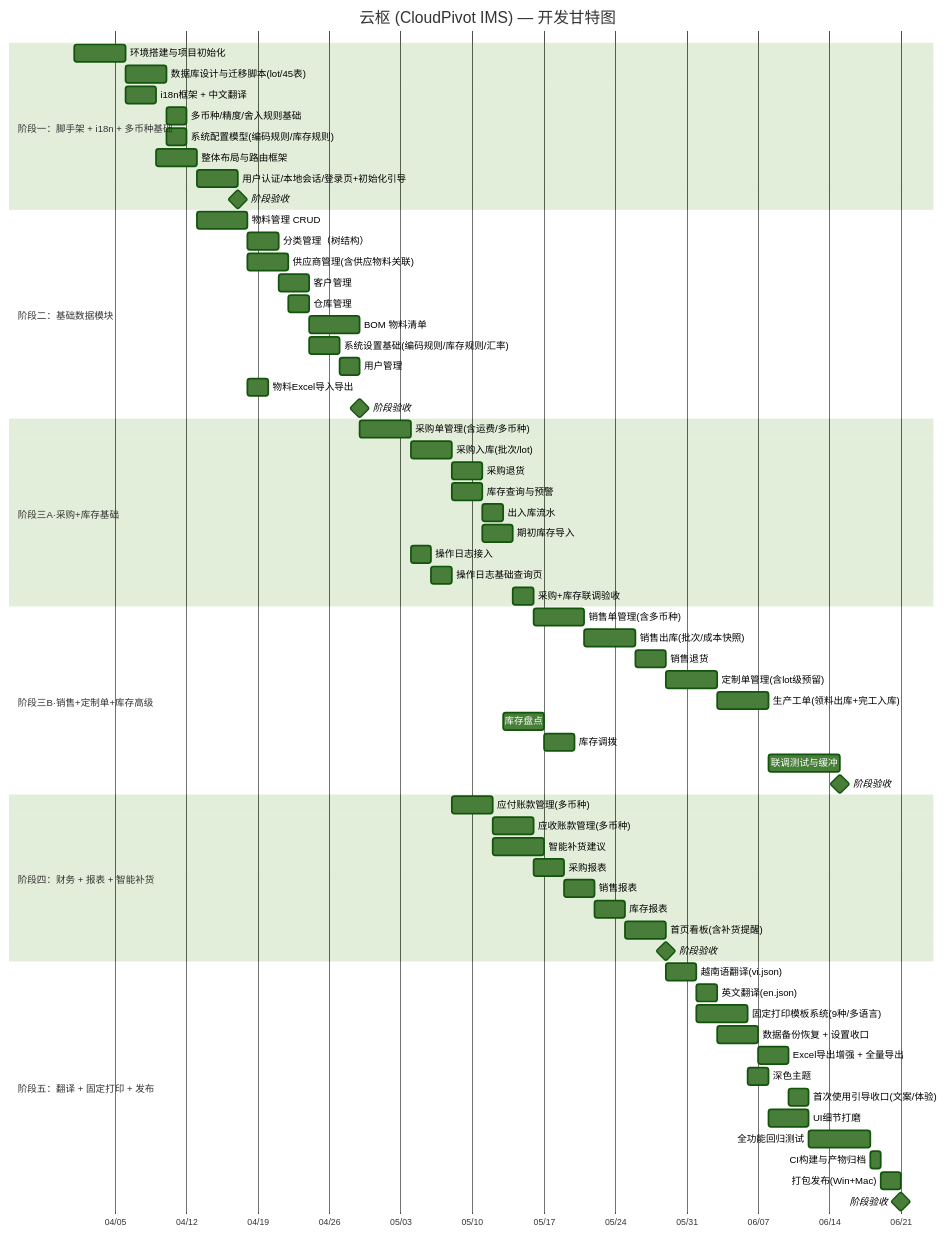
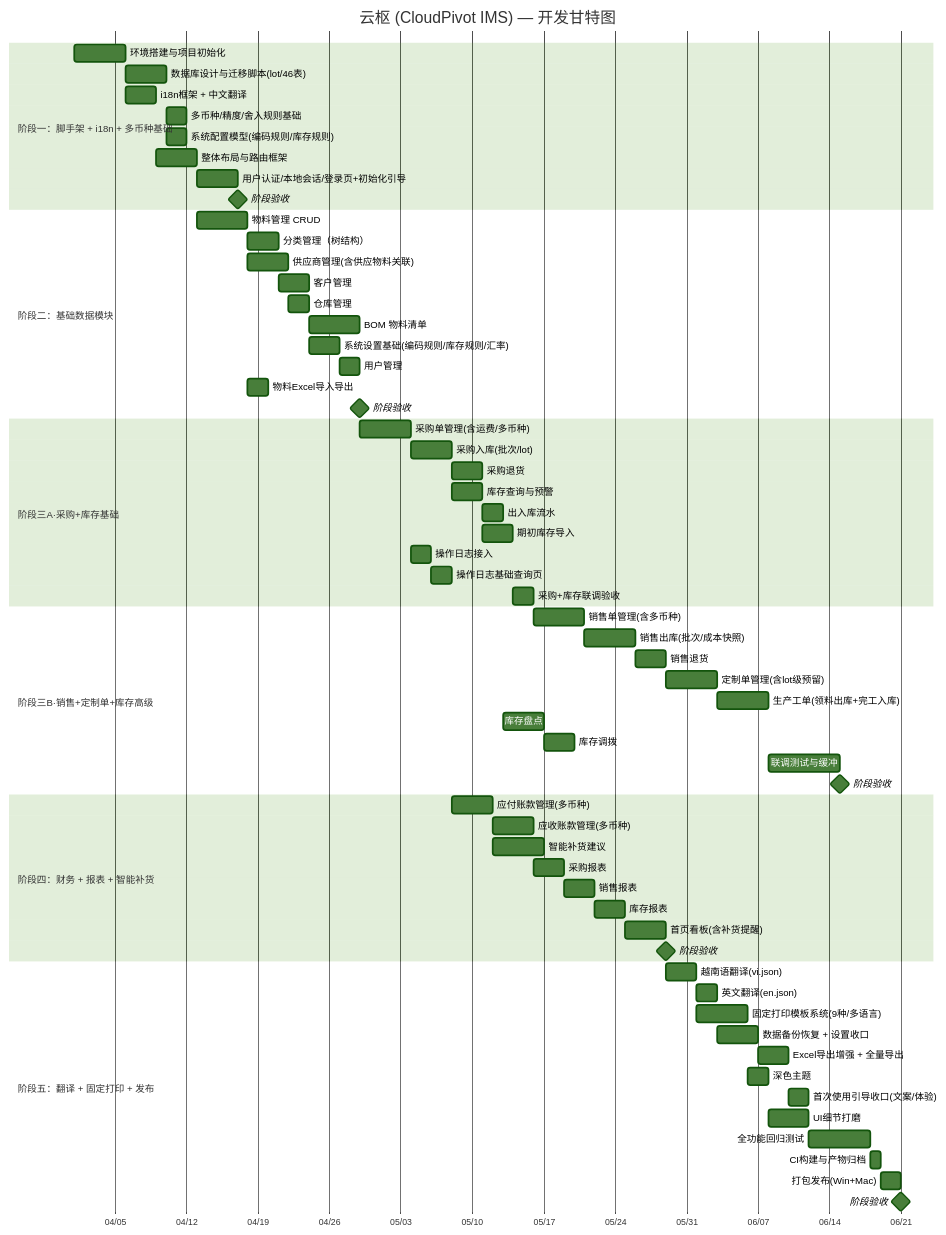
Before and after one commit to kurisu994/CloudPivot: the diagram in docs/04-development-plan.md, drawn with Mermaid (forest theme). The commit also changed other lines of this file and 3 other files, not shown here.

````diff
--- a/docs/04-development-plan.md
+++ b/docs/04-development-plan.md
@@ -25,74 +25,74 @@
 ```mermaid
 gantt
     title 云枢 (CloudPivot IMS) — 开发甘特图
     dateFormat  YYYY-MM-DD
     axisFormat  %m/%d
 
     section 阶段一：脚手架 + i18n + 多币种基础
     环境搭建与项目初始化         :a1, 2026-04-01, 5d
-    数据库设计与迁移脚本(lot/45表) :a2, after a1, 4d
+    数据库设计与迁移脚本(lot/46表) :a2, after a1, 4d
     i18n框架 + 中文翻译         :a3, after a1, 3d
     多币种/精度/舍入规则基础      :a4, after a2, 2d
     系统配置模型(编码规则/库存规则) :a5, after a2, 2d
     整体布局与路由框架           :a6, after a3, 4d
     用户认证/本地会话/登录页+初始化引导 :a7, after a6, 4d
     阶段验收                     :milestone, after a7, 0d
 
     section 阶段二：基础数据模块
     物料管理 CRUD                :b1, after a6, 5d
     分类管理（树结构）           :b2, after b1, 3d
     供应商管理(含供应物料关联)    :b3, after b1, 4d
     客户管理                     :b4, after b2, 3d
     仓库管理                     :b5, after b3, 2d
     BOM 物料清单                 :b6, after b4, 5d
     系统设置基础(编码规则/库存规则/汇率) :b7, after b5, 3d
     用户管理                     :b8, after b7, 2d
     物料Excel导入导出            :b9, after b1, 2d
     阶段验收                     :milestone, after b8, 0d
 
     section 阶段三A·采购+库存基础
     采购单管理(含运费/多币种)     :c1, after b6, 5d
     采购入库(批次/lot)            :c2, after c1, 4d
     采购退货                     :c3, after c2, 3d
     库存查询与预警               :c7, after c2, 3d
     出入库流水                   :c8, after c7, 2d
     期初库存导入                 :c9, after c7, 3d
     操作日志接入                 :c10, after c1, 2d
     操作日志基础查询页           :c10a, after c10, 2d
     采购+库存联调验收            :c_m, after c9, 2d
 
     section 阶段三B·销售+定制单+库存高级
     销售单管理(含多币种)         :c4, after c_m, 5d
     销售出库(批次/成本快照)        :c5, after c4, 5d
     销售退货                     :c6, after c5, 3d
     定制单管理(含lot级预留)      :c13, after c6, 5d
     生产工单(领料出库+完工入库)   :c15, after c13, 5d
     库存盘点                     :c11, after c8, 4d
     库存调拨                     :c12, after c11, 3d
     联调测试与缓冲               :c14, after c15, 7d
     阶段验收                     :milestone, after c14, 0d
 
     section 阶段四：财务 + 报表 + 智能补货
     应付账款管理(多币种)         :d1, after c2, 4d
     应收账款管理(多币种)         :d2, after d1, 4d
     智能补货建议                 :d3, after d1, 5d
     采购报表                     :d4, after d2, 3d
     销售报表                     :d5, after d4, 3d
     库存报表                     :d6, after d5, 3d
     首页看板(含补货提醒)         :d7, after d6, 4d
     阶段验收                     :milestone, after d7, 0d
 
     section 阶段五：翻译 + 固定打印 + 发布
     越南语翻译(vi.json)          :e1, after d7, 3d
     英文翻译(en.json)            :e2, after e1, 2d
     固定打印模板系统(9种/多语言)  :e3, after e1, 5d
     数据备份恢复 + 设置收口       :e4, after e2, 4d
     Excel导出增强 + 全量导出      :e5, after e4, 3d
     深色主题                     :e6, after e3, 2d
     首次使用引导收口(文案/体验)     :e7, after e5, 2d
     UI细节打磨                   :e8, after e6, 4d
     全功能回归测试               :e9, after e7, 6d
     CI构建与产物归档             :e10, after e9, 1d
     打包发布(Win+Mac)            :e11, after e10, 2d
     阶段验收                     :milestone, after e11, 0d
 ```
````
